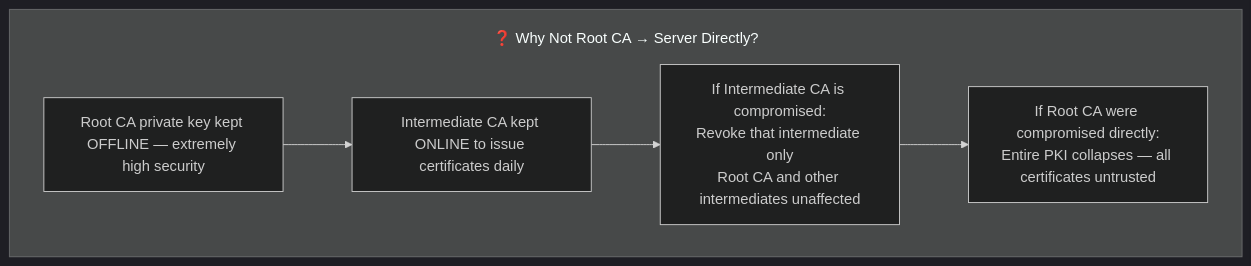
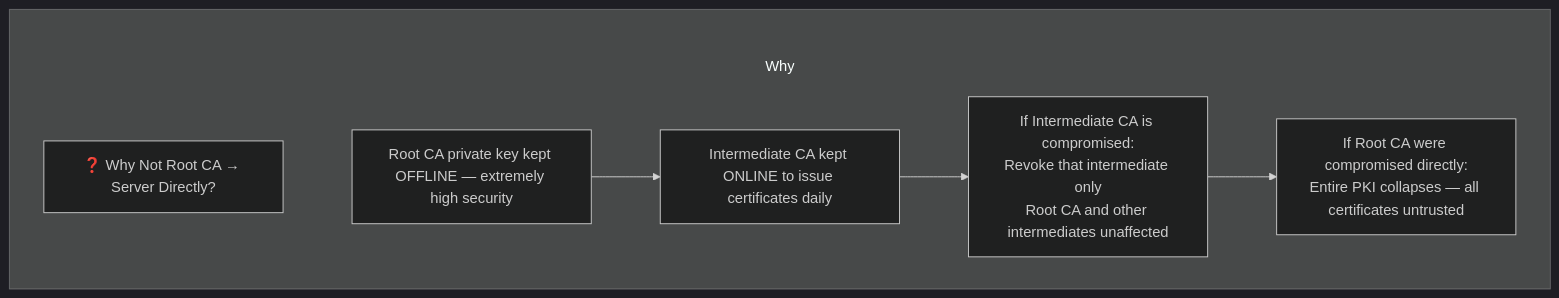
One commit to csoares/SecurityJava changed the third of 6 diagrams in src/main/java/security/pki/README.md. Above: the diagram before and after it, drawn with Mermaid (dark theme). The commit also changed other lines of this file and 11 other files, not shown here.

Commit message:
Fix Mermaid subgraph title overlap by moving labels into title nodes Replace subgraph label syntax (which overlaps first node) with explicit title nodes inside each subgraph, connected via invisible edges (~~~). Also increase subGraphTitleMargin top padding from 20 to 50 for extra space.

````diff
--- a/src/main/java/security/pki/README.md
+++ b/src/main/java/security/pki/README.md
@@ -42,11 +42,13 @@
 ```mermaid
-%%{init: {'flowchart': {'subGraphTitleMargin': {'top': 20, 'bottom': 5}}}}%%
+%%{init: {'flowchart': {'subGraphTitleMargin': {'top': 50, 'bottom': 10}}}}%%
 flowchart TD
-    subgraph Why ["❓ Why Not Root CA → Server Directly?"]
+    subgraph Why
+        T_Why["❓ Why Not Root CA → Server Directly?"]
+        T_Why ~~~ W1
         W1["Root CA private key kept OFFLINE — extremely high security"]
         W2["Intermediate CA kept ONLINE to issue certificates daily"]
         W3["If Intermediate CA is compromised:<br/>Revoke that intermediate only<br/>Root CA and other intermediates unaffected"]
         W4["If Root CA were compromised directly:<br/>Entire PKI collapses — all certificates untrusted"]
         W1 --> W2 --> W3 --> W4
     end
 ```
````
